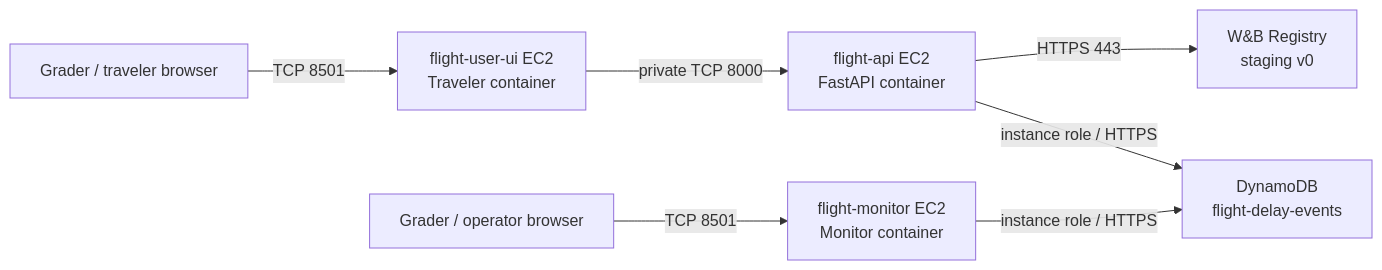
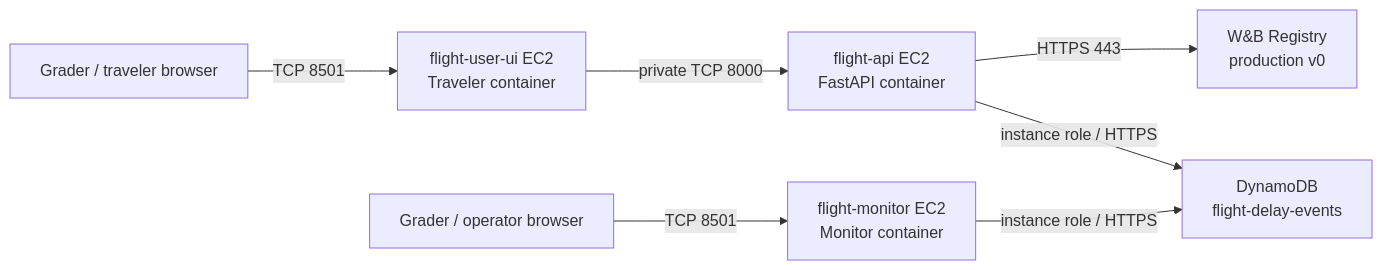
Before and after one commit to austinyoungblood/us-flight-delay-mlops: the second of 2 diagrams in docs/architecture.md, drawn with Mermaid. The commit also changed other lines of this file and 35 other files, not shown here.

````diff
--- a/docs/architecture.md
+++ b/docs/architecture.md
@@ -29,9 +29,9 @@
 ```mermaid
 flowchart LR
     B["Grader / traveler browser"] -->|"TCP 8501"| UEC2["flight-user-ui EC2<br/>Traveler container"]
     UEC2 -->|"private TCP 8000"| AEC2["flight-api EC2<br/>FastAPI container"]
-    AEC2 -->|"HTTPS 443"| W["W&B Registry<br/>staging v0"]
+    AEC2 -->|"HTTPS 443"| W["W&B Registry<br/>production v0"]
     AEC2 -->|"instance role / HTTPS"| D["DynamoDB<br/>flight-delay-events"]
     O["Grader / operator browser"] -->|"TCP 8501"| MEC2["flight-monitor EC2<br/>Monitor container"]
     MEC2 -->|"instance role / HTTPS"| D
 ```
````
